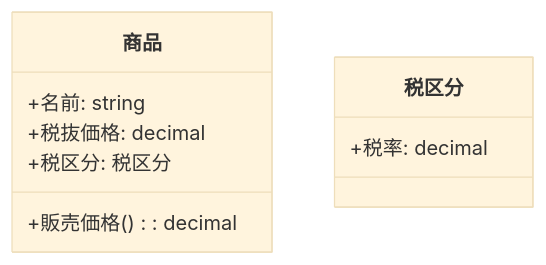
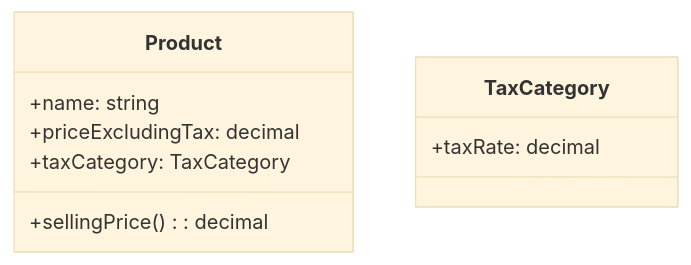
Before and after one commit to baseballyama/blog: the fourth of 4 diagrams in posts/20260211-abstraction-and-generalization/en.md, drawn with Mermaid (base theme). The commit also changed other lines of this file and 3 other files, not shown here.

Commit message:
fix: translate mermaid labels in the English post (#8)

````diff
--- a/posts/20260211-abstraction-and-generalization/en.md
+++ b/posts/20260211-abstraction-and-generalization/en.md
@@ -135,13 +135,13 @@
 ```mermaid
 classDiagram
-    class 商品 {
-        +名前: string
-        +税抜価格: decimal
-        +税区分: 税区分
-        +販売価格(): decimal
+    class Product {
+        +name: string
+        +priceExcludingTax: decimal
+        +taxCategory: TaxCategory
+        +sellingPrice(): decimal
     }
 
-    class 税区分 {
-        +税率: decimal
+    class TaxCategory {
+        +taxRate: decimal
     }
 ```
````
